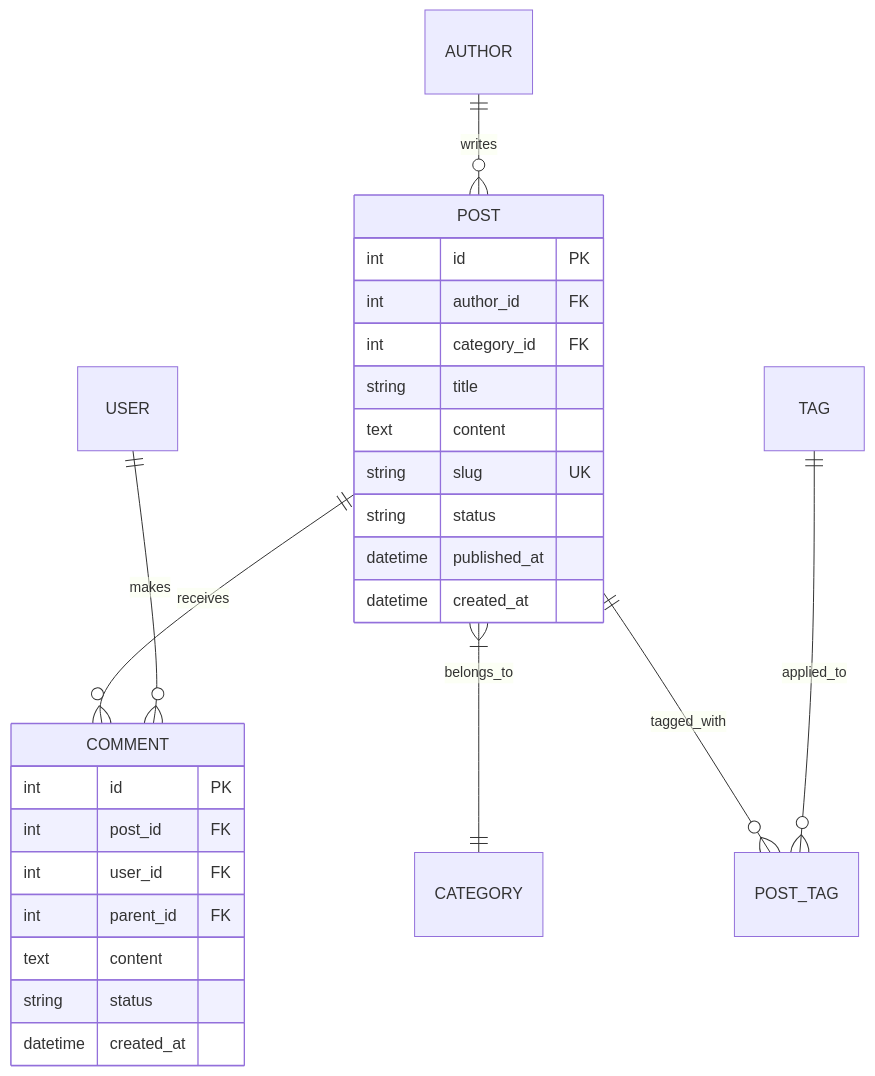
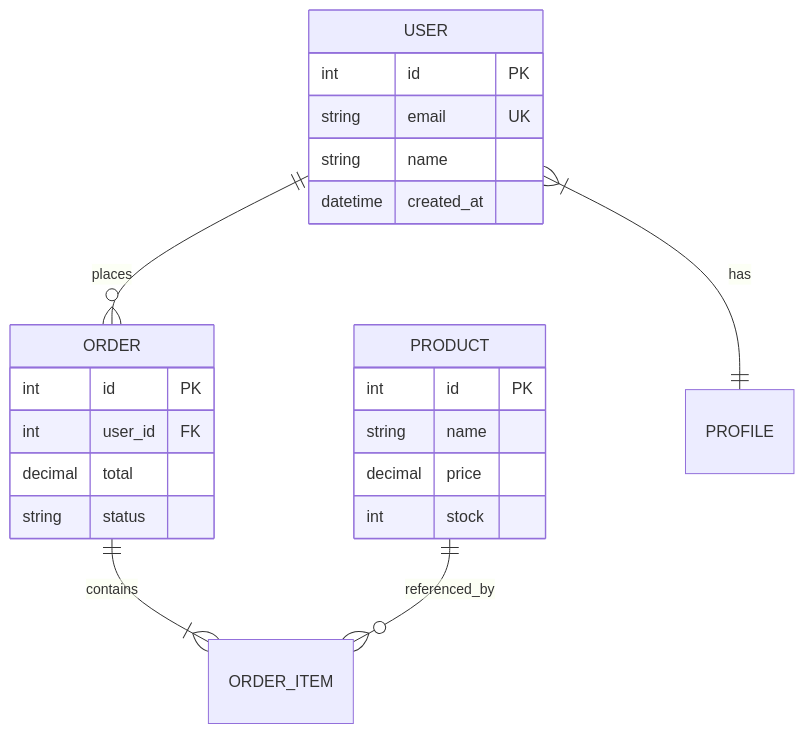
The ninth of 9 diagrams in .cursor/agents/development/mermaid-specialist.md (marciocar/onion-cursor), drawn with Mermaid before and after one commit. The commit also changed other lines of this file and 207 other files, not shown here.

````diff
--- a/.cursor/agents/development/mermaid-specialist.md
+++ b/.cursor/agents/development/mermaid-specialist.md
@@ -688,31 +396,28 @@
 ```mermaid
 erDiagram
-    AUTHOR ||--o{ POST : writes
-    POST ||--o{ COMMENT : receives
-    USER ||--o{ COMMENT : makes
-    POST }|--|| CATEGORY : belongs_to
-    POST ||--o{ POST_TAG : tagged_with
-    TAG ||--o{ POST_TAG : applied_to
+    USER ||--o{ ORDER : places
+    ORDER ||--|{ ORDER_ITEM : contains
+    PRODUCT ||--o{ ORDER_ITEM : referenced_by
+    USER }|--|| PROFILE : has
     
-    POST {
+    USER {
         int id PK
-        int author_id FK
-        int category_id FK
-        string title
-        text content
-        string slug UK
-        string status
-        datetime published_at
+        string email UK
+        string name
         datetime created_at
     }
     
-    COMMENT {
+    ORDER {
         int id PK
-        int post_id FK
         int user_id FK
-        int parent_id FK
-        text content
+        decimal total
         string status
-        datetime created_at
+    }
+    
+    PRODUCT {
+        int id PK
+        string name
+        decimal price
+        int stock
     }
 ```
````
